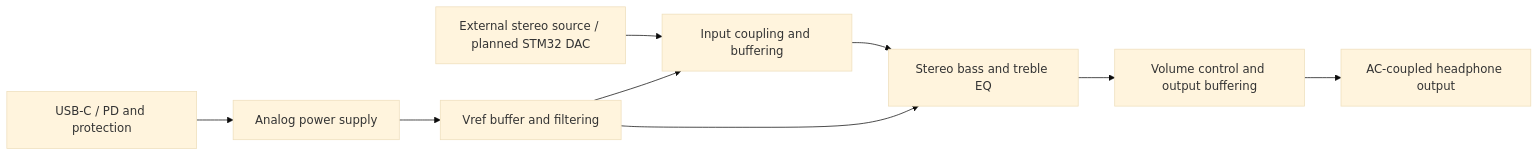
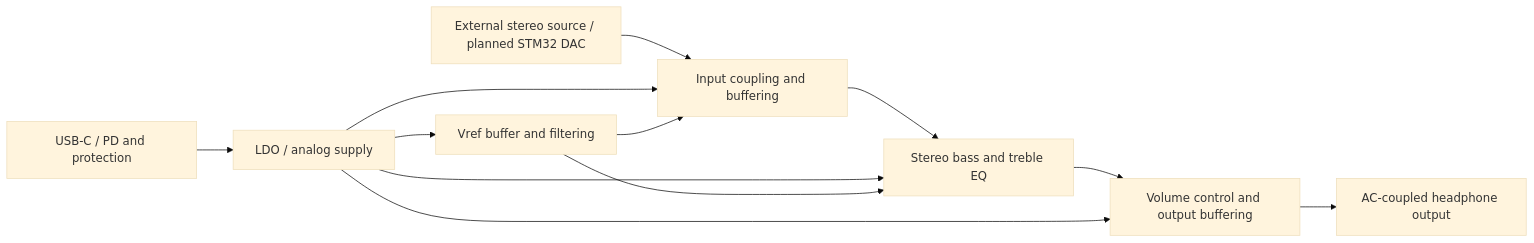
The diagram in Headphone-Amplifier/README.md (chengyiyu570-creator/Analog-and-Audio-Electronics), drawn with Mermaid (base theme) before and after one commit. The commit also changed other lines of this file and 29 other files, not shown here.

````diff
--- a/Headphone-Amplifier/README.md
+++ b/Headphone-Amplifier/README.md
@@ -24,11 +27,14 @@
 ```mermaid
 flowchart LR
     A[External stereo source / planned STM32 DAC] --> B[Input coupling and buffering]
     B --> C[Stereo bass and treble EQ]
     C --> D[Volume control and output buffering]
     D --> E[AC-coupled headphone output]
-    P[USB-C / PD and protection] --> R[Analog power supply]
+    P[USB-C / PD and protection] --> R[LDO / analog supply]
+    R --> B
+    R --> C
+    R --> D
     R --> V[Vref buffer and filtering]
     V --> B
     V --> C
 ```
````
